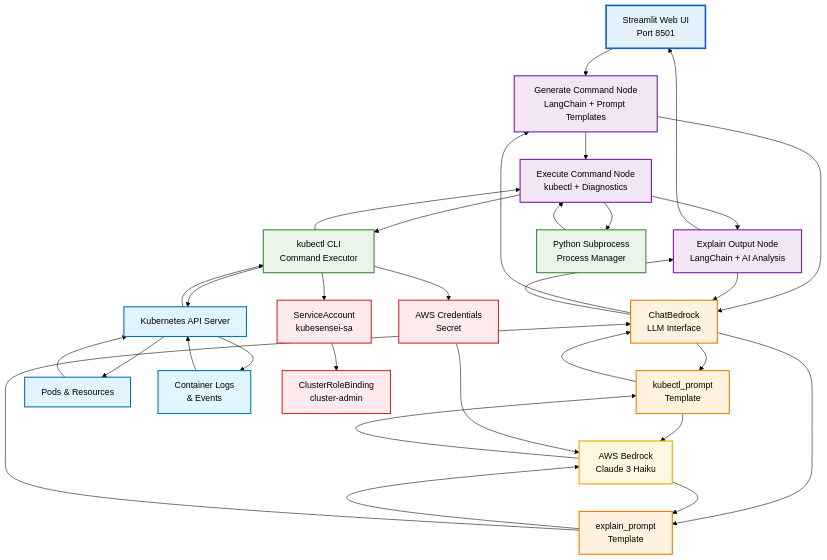
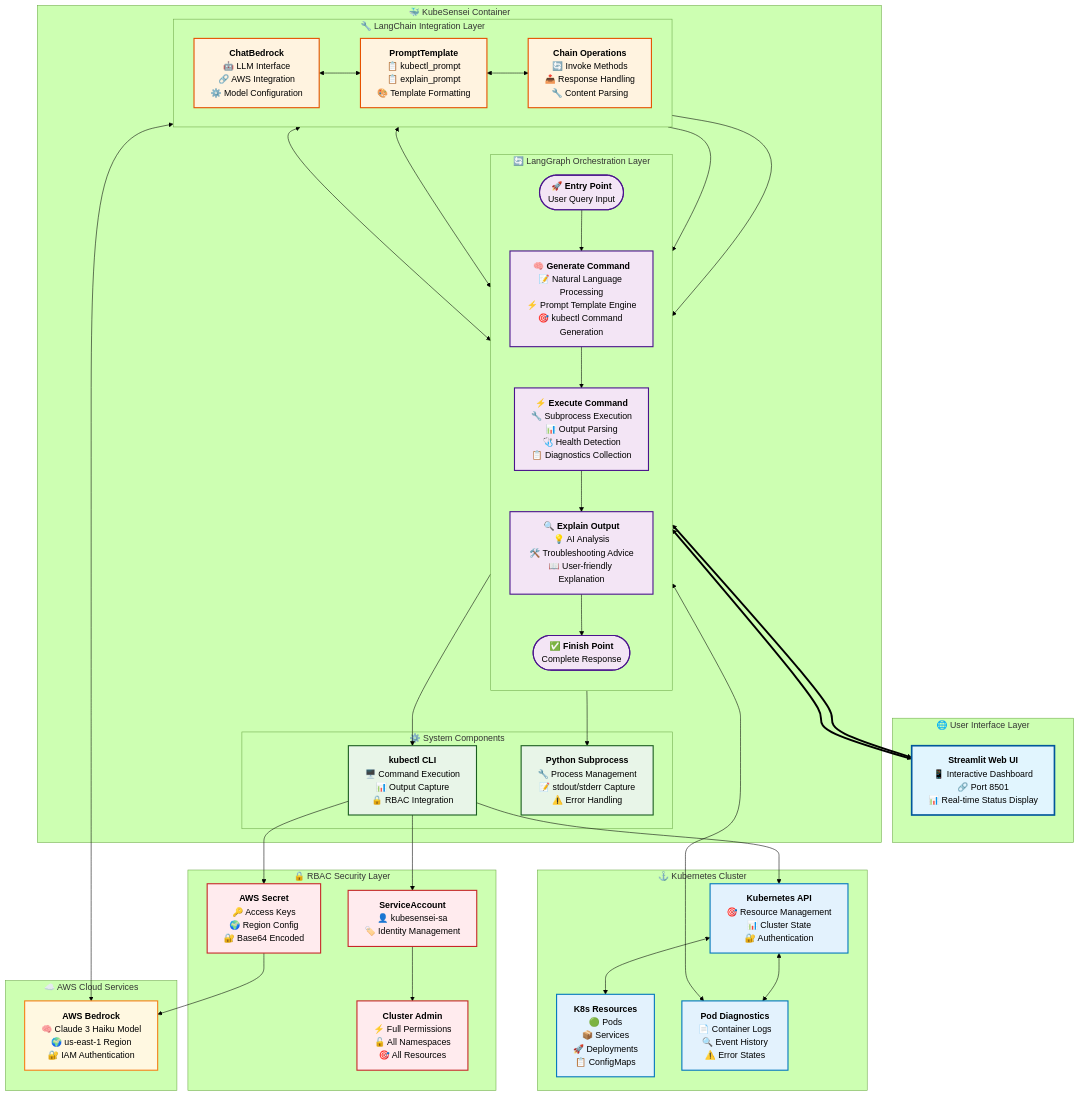
The first of 4 diagrams in README.md (will-chrizt/KubeSensei), drawn with Mermaid (forest theme) before and after one commit. The commit also changed other lines of this file, not shown here.

````diff
--- a/README.md
+++ b/README.md
@@ -22,67 +22,140 @@
 ```mermaid
-graph TD
-    %% User Interface Layer
-    UI[Streamlit Web UI<br/>Port 8501]
+graph TB
+    subgraph "🌐 User Interface Layer"
+        UI["`**Streamlit Web UI**
+        📱 Interactive Dashboard
+        🔗 Port 8501
+        📊 Real-time Status Display`"]
+    end
     
-    %% LangGraph Workflow Nodes
-    GEN[Generate Command Node<br/>LangChain + Prompt Templates]
-    EXEC[Execute Command Node<br/>kubectl + Diagnostics]
-    EXPL[Explain Output Node<br/>LangChain + AI Analysis]
+    subgraph "🐳 KubeSensei Container"
+        subgraph "🔄 LangGraph Orchestration Layer"
+            direction TB
+            START(["`🚀 **Entry Point**
+            User Query Input`"])
+            
+            NODE1["`**🧠 Generate Command**
+            📝 Natural Language Processing
+            ⚡ Prompt Template Engine
+            🎯 kubectl Command Generation`"]
+            
+            NODE2["`**⚡ Execute Command**
+            🔧 Subprocess Execution
+            📊 Output Parsing
+            🩺 Health Detection
+            📋 Diagnostics Collection`"]
+            
+            NODE3["`**🔍 Explain Output**
+            💡 AI Analysis
+            🛠️ Troubleshooting Advice
+            📖 User-friendly Explanation`"]
+            
+            END(["`✅ **Finish Point**
+            Complete Response`"])
+            
+            START --> NODE1
+            NODE1 --> NODE2
+            NODE2 --> NODE3
+            NODE3 --> END
+        end
+        
+        subgraph "🔧 LangChain Integration Layer"
+            direction LR
+            LC_LLM["`**ChatBedrock**
+            🤖 LLM Interface
+            🔗 AWS Integration
+            ⚙️ Model Configuration`"]
+            
+            LC_PROMPT["`**PromptTemplate**
+            📋 kubectl_prompt
+            📋 explain_prompt
+            🎨 Template Formatting`"]
+            
+            LC_CHAIN["`**Chain Operations**
+            🔄 Invoke Methods
+            📤 Response Handling
+            🔧 Content Parsing`"]
+            
+            LC_LLM <--> LC_PROMPT
+            LC_PROMPT <--> LC_CHAIN
+        end
+        
+        subgraph "⚙️ System Components"
+            KUBECTL["`**kubectl CLI**
+            🖥️ Command Execution
+            📊 Output Capture
+            🔒 RBAC Integration`"]
+            
+            SUBPROCESS["`**Python Subprocess**
+            🔧 Process Management
+            📝 stdout/stderr Capture
+            ⚠️ Error Handling`"]
+        end
+    end
     
-    %% LangChain Components
-    CHAT[ChatBedrock<br/>LLM Interface]
-    PROMPT1[kubectl_prompt<br/>Template]
-    PROMPT2[explain_prompt<br/>Template]
+    subgraph "☁️ AWS Cloud Services"
+        BEDROCK["`**AWS Bedrock**
+        🧠 Claude 3 Haiku Model
+        🌍 us-east-1 Region
+        🔐 IAM Authentication`"]
+    end
     
-    %% System Components
-    KUBECTL[kubectl CLI<br/>Command Executor]
-    SUBPROCESS[Python Subprocess<br/>Process Manager]
+    subgraph "⚓ Kubernetes Cluster"
+        API["`**Kubernetes API**
+        🎯 Resource Management
+        📊 Cluster State
+        🔐 Authentication`"]
+        
+        RESOURCES["`**K8s Resources**
+        🟢 Pods
+        📦 Services
+        🚀 Deployments
+        📋 ConfigMaps`"]
+        
+        LOGS["`**Pod Diagnostics**
+        📄 Container Logs
+        🔍 Event History
+        ⚠️ Error States`"]
+    end
     
-    %% External Services
-    BEDROCK[AWS Bedrock<br/>Claude 3 Haiku]
+    subgraph "🔒 RBAC Security Layer"
+        SA["`**ServiceAccount**
+        👤 kubesensei-sa
+        🏷️ Identity Management`"]
+        
+        SECRET["`**AWS Secret**
+        🔑 Access Keys
+        🌍 Region Config
+        🔐 Base64 Encoded`"]
+        
+        RBAC["`**Cluster Admin**
+        ⚡ Full Permissions
+        🔓 All Namespaces
+        🎯 All Resources`"]
+    end
     
-    %% Kubernetes Components
-    API[Kubernetes API Server]
-    PODS[Pods & Resources]
-    LOGS[Container Logs<br/>& Events]
+    %% User Interface Connections
+    UI <==> START
+    END <==> UI
     
-    %% Security Components
-    SA[ServiceAccount<br/>kubesensei-sa]
-    SECRET[AWS Credentials<br/>Secret]
-    RBAC[ClusterRoleBinding<br/>cluster-admin]
+    %% LangGraph Internal Flow
+    NODE1 <--> LC_LLM
+    NODE3 <--> LC_LLM
     
-    %% User Flow
-    UI --> GEN
-    GEN --> EXEC
-    EXEC --> EXPL
-    EXPL --> UI
+    %% LangChain Connections
+    LC_LLM <--> BEDROCK
+    LC_CHAIN --> NODE1
+    LC_CHAIN --> NODE3
     
-    %% LangChain Integration
-    GEN --> CHAT
-    CHAT --> PROMPT1
-    PROMPT1 --> BEDROCK
-    BEDROCK --> PROMPT1
-    PROMPT1 --> CHAT
-    CHAT --> GEN
+    %% Execution Layer
+    NODE2 --> KUBECTL
+    NODE2 --> SUBPROCESS
+    KUBECTL --> API
     
-    EXPL --> CHAT
-    CHAT --> PROMPT2
-    PROMPT2 --> BEDROCK
-    BEDROCK --> PROMPT2
-    PROMPT2 --> CHAT
-    CHAT --> EXPL
-    
-    %% Command Execution Flow
-    EXEC --> KUBECTL
-    EXEC --> SUBPROCESS
-    KUBECTL --> API
-    API --> PODS
-    API --> LOGS
-    PODS --> API
-    LOGS --> API
-    API --> KUBECTL
-    KUBECTL --> EXEC
-    SUBPROCESS --> EXEC
+    %% K8s Resource Access
+    API <--> RESOURCES
+    API <--> LOGS
+    NODE2 <--> LOGS
     
     %% Security Integration
     KUBECTL --> SA
@@ -91,19 +164,19 @@
     SECRET --> BEDROCK
     
     %% Styling
-    classDef ui fill:#e3f2fd,stroke:#1565c0,stroke-width:3px
-    classDef workflow fill:#f3e5f5,stroke:#7b1fa2,stroke-width:2px
-    classDef langchain fill:#fff3e0,stroke:#f57c00,stroke-width:2px
-    classDef system fill:#e8f5e8,stroke:#388e3c,stroke-width:2px
-    classDef external fill:#fff8e1,stroke:#ffa000,stroke-width:2px
-    classDef k8s fill:#e1f5fe,stroke:#0277bd,stroke-width:2px
-    classDef security fill:#ffebee,stroke:#d32f2f,stroke-width:2px
+    classDef uiLayer fill:#e1f5fe,stroke:#01579b,stroke-width:3px
+    classDef orchestration fill:#f3e5f5,stroke:#4a148c,stroke-width:2px
+    classDef langchain fill:#fff3e0,stroke:#e65100,stroke-width:2px
+    classDef system fill:#e8f5e8,stroke:#1b5e20,stroke-width:2px
+    classDef aws fill:#fff8e1,stroke:#f57f17,stroke-width:2px
+    classDef k8s fill:#e3f2fd,stroke:#0277bd,stroke-width:2px
+    classDef security fill:#ffebee,stroke:#c62828,stroke-width:2px
     
-    class UI ui
-    class GEN,EXEC,EXPL workflow
-    class CHAT,PROMPT1,PROMPT2 langchain
+    class UI uiLayer
+    class START,NODE1,NODE2,NODE3,END orchestration
+    class LC_LLM,LC_PROMPT,LC_CHAIN langchain
     class KUBECTL,SUBPROCESS system
-    class BEDROCK external
-    class API,PODS,LOGS k8s
+    class BEDROCK aws
+    class API,RESOURCES,LOGS k8s
     class SA,SECRET,RBAC security
 ```
````
